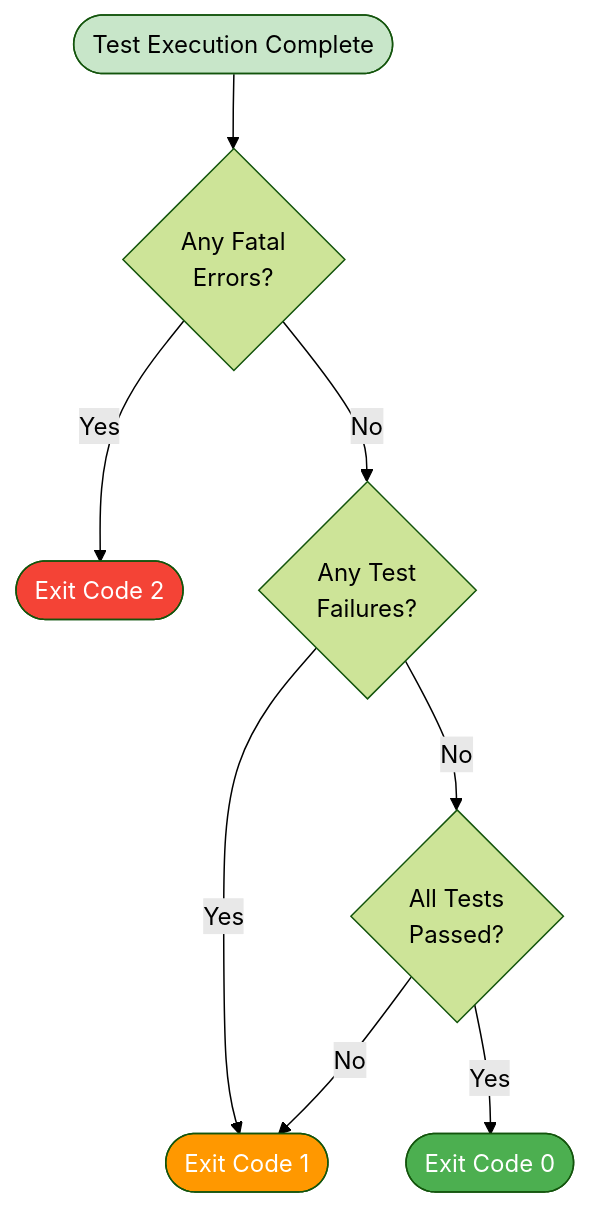
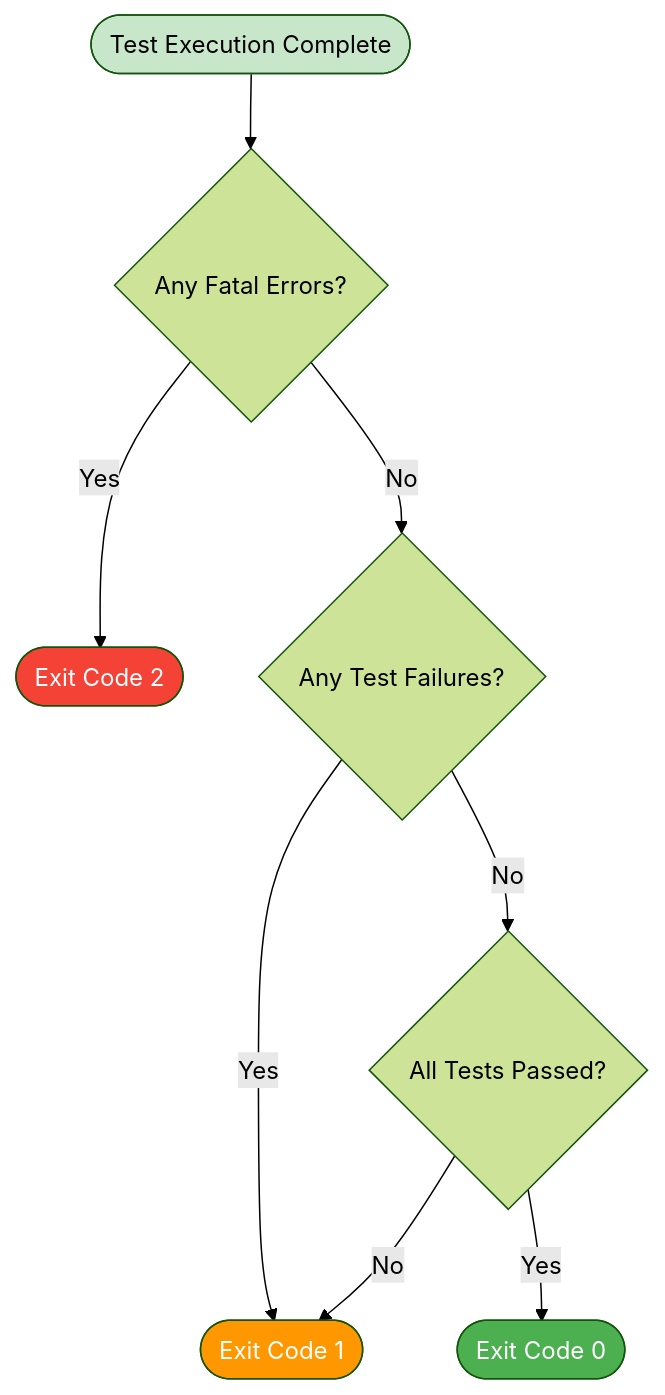
Before and after one commit to softwarewrighter/ui-test-rs: diagram 14 of 15 in wiki/Test-Runner.md, drawn with Mermaid (forest theme). The commit also changed other lines of this file and 10 other files, not shown here.

First line of the commit message:
Fix wiki Mermaid diagrams: remove <br/> tags

````diff
--- a/wiki/Test-Runner.md
+++ b/wiki/Test-Runner.md
@@ -523,25 +523,25 @@
 ```mermaid
 flowchart TB
     Start([Test Execution Complete])
-    CheckErrors{Any Fatal<br/>Errors?}
+    CheckErrors{Any Fatal Errors?}
     Exit2([Exit Code 2])
 
-    CheckFailed{Any Test<br/>Failures?}
+    CheckFailed{Any Test Failures?}
     Exit1([Exit Code 1])
 
-    AllPassed{All Tests<br/>Passed?}
+    AllPassed{All Tests Passed?}
     Exit0([Exit Code 0])
 
     Start --> CheckErrors
     CheckErrors -->|Yes| Exit2
     CheckErrors -->|No| CheckFailed
     CheckFailed -->|Yes| Exit1
     CheckFailed -->|No| AllPassed
     AllPassed -->|Yes| Exit0
     AllPassed -->|No| Exit1
 
     style Start fill:#c8e6c9
     style Exit0 fill:#4caf50,color:#fff
     style Exit1 fill:#ff9800,color:#fff
     style Exit2 fill:#f44336,color:#fff
 ```
````
